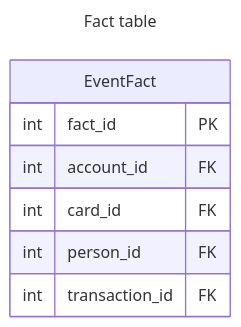
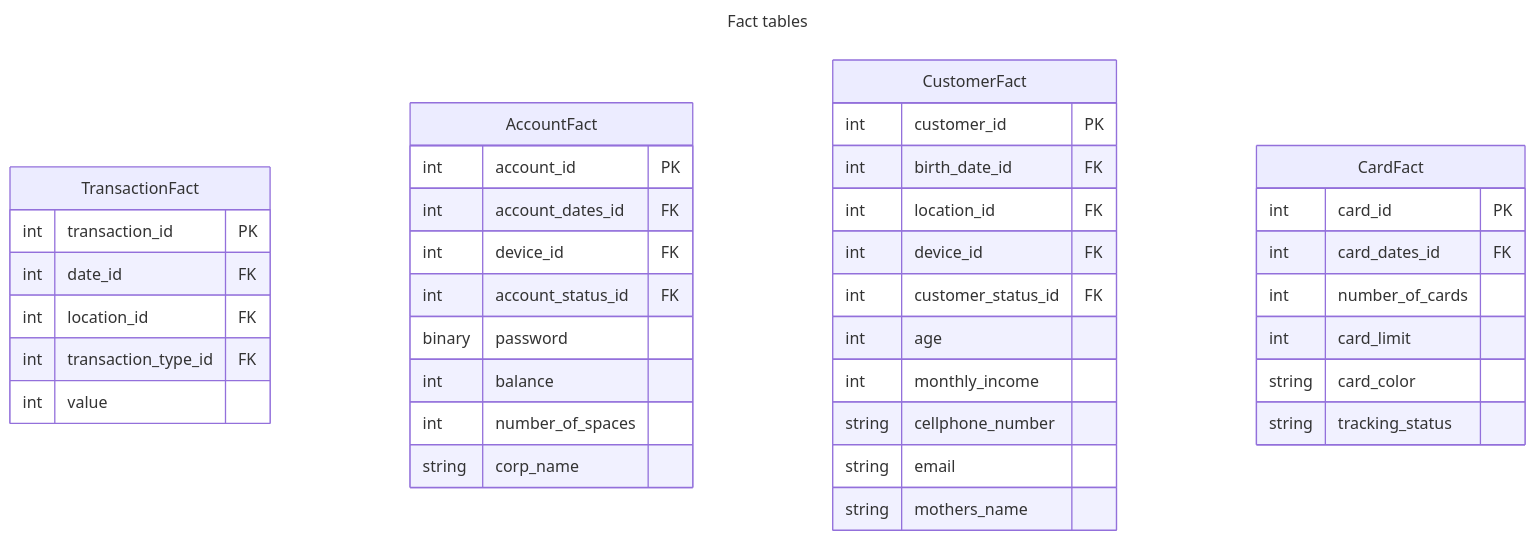
Before and after one commit to luis705/n26-modeling-case: the first of 2 diagrams in README.md, drawn with Mermaid. The commit also changed other lines of this file and 2 other files, not shown here.

Commit message:
Changed fact and dimension tables

````diff
--- a/README.md
+++ b/README.md
@@ -47,13 +50,46 @@
 ```mermaid
 ---
-title: Fact table
+title: Fact tables
 ---
 erDiagram
-    EventFact {
-        int fact_id PK
-        int account_id FK
-        int card_id FK
-        int person_id FK
-        int transaction_id FK
+    TransactionFact {
+        int    transaction_id PK
+        int    date_id FK
+        int    location_id FK
+        int    transaction_type_id FK
+        int    value
+    }
+
+    AccountFact {
+        int    account_id PK
+        int    account_dates_id FK
+        int    device_id FK
+        int    account_status_id FK
+        binary password
+        int    balance
+        int    number_of_spaces
+        string corp_name
+    }
+
+    CustomerFact {
+        int    customer_id PK
+        int    birth_date_id FK
+        int    location_id FK
+        int    device_id FK
+        int    customer_status_id FK
+        int    age
+        int    monthly_income
+        string cellphone_number
+        string email
+        string mothers_name
+    }
+
+    CardFact {
+        int    card_id PK
+        int    card_dates_id FK
+        int    number_of_cards
+        int    card_limit
+        string card_color
+        string tracking_status
     }
 ```
````
